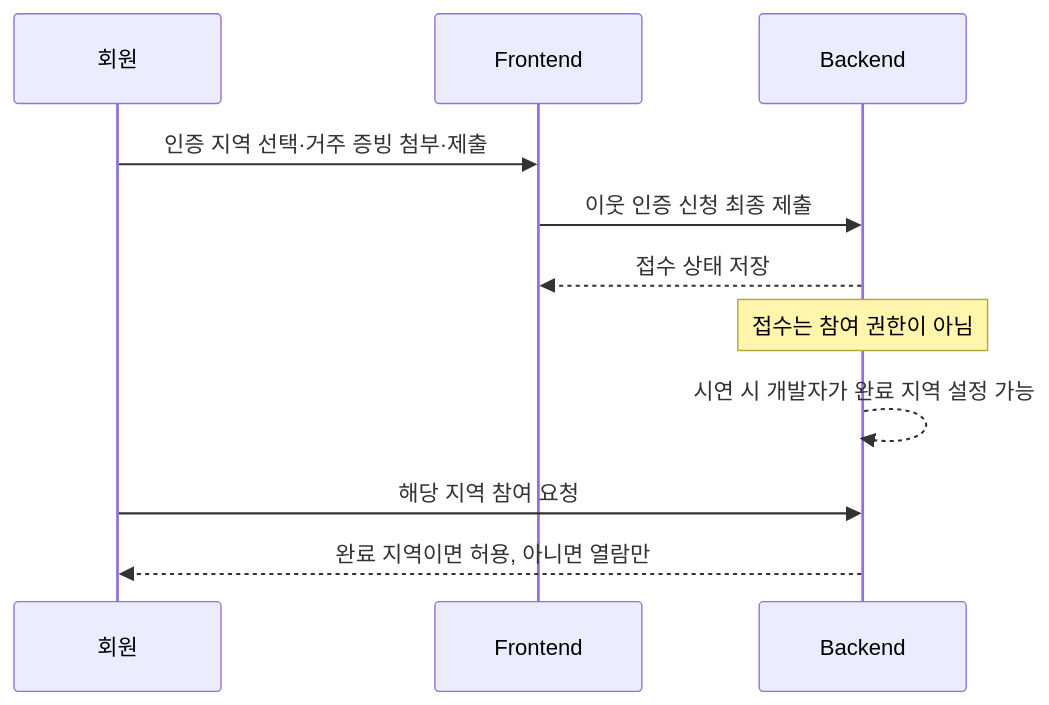
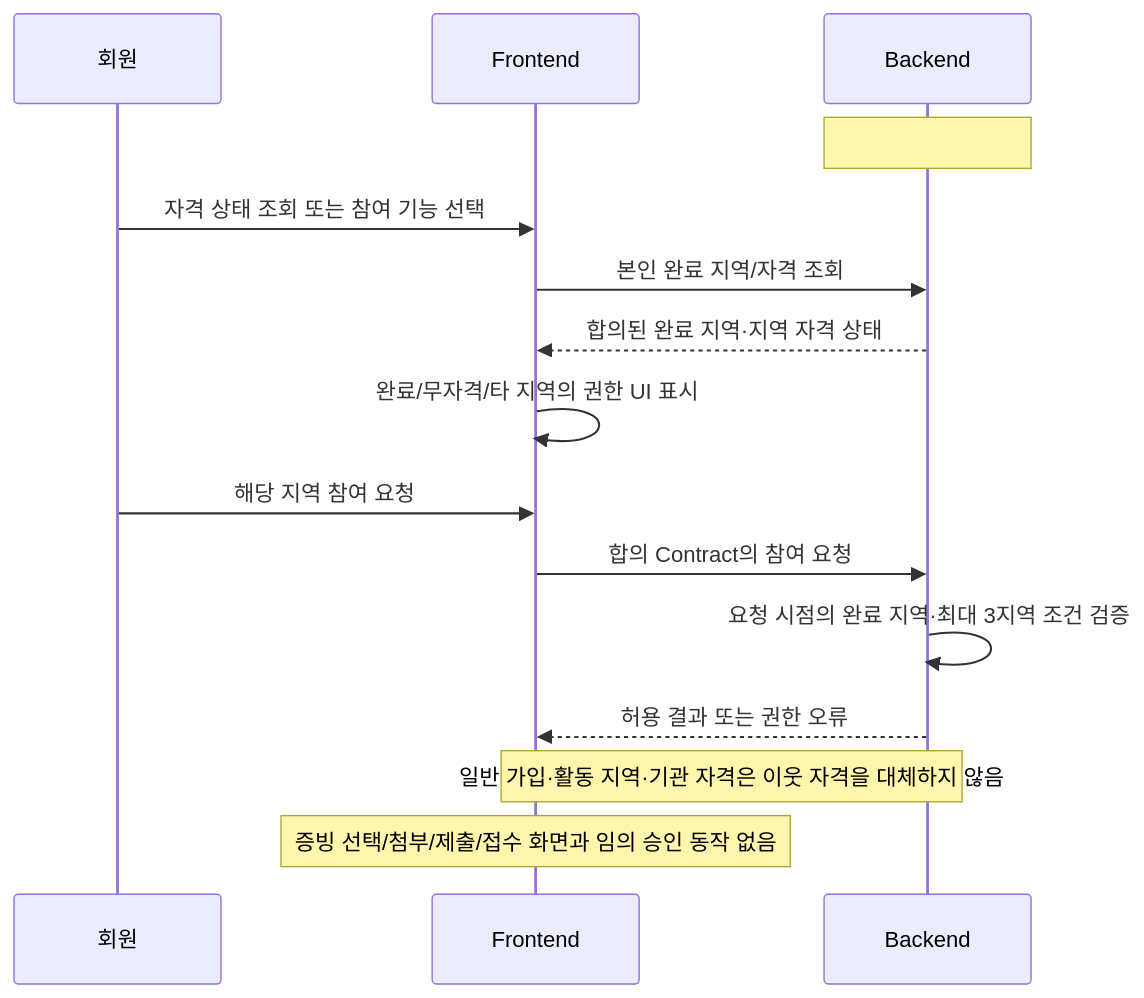
The third of 8 diagrams in docs/specs/Discushion_MVP_백엔드_프론트엔드_통합_지침서.md (2026-KW-HACKATHON/33_Last-Stand-Before-Enlistment), drawn with Mermaid before and after one commit. The commit also changed other lines of this file and 8 other files, not shown here.

````diff
--- a/docs/specs/Discushion_MVP_백엔드_프론트엔드_통합_지침서.md
+++ b/docs/specs/Discushion_MVP_백엔드_프론트엔드_통합_지침서.md
@@ -349,13 +485,17 @@
 ```mermaid
 sequenceDiagram
   participant U as 회원
   participant FE as Frontend
   participant BE as Backend
-  U->>FE: 인증 지역 선택·거주 증빙 첨부·제출
-  FE->>BE: 이웃 인증 신청 최종 제출
-  BE-->>FE: 접수 상태 저장
-  Note over BE: 접수는 참여 권한이 아님
-  BE-->>BE: 시연 시 개발자가 완료 지역 설정 가능
-  U->>BE: 해당 지역 참여 요청
-  BE-->>U: 완료 지역이면 허용, 아니면 열람만
+  Note over BE: #75에서 시연 계정의 완료 지역 준비
+  U->>FE: 자격 상태 조회 또는 참여 기능 선택
+  FE->>BE: 본인 완료 지역/자격 조회
+  BE-->>FE: 합의된 완료 지역·지역 자격 상태
+  FE->>FE: 완료/무자격/타 지역의 권한 UI 표시
+  U->>FE: 해당 지역 참여 요청
+  FE->>BE: 합의 Contract의 참여 요청
+  BE->>BE: 요청 시점의 완료 지역·최대 3지역 조건 검증
+  BE-->>FE: 허용 결과 또는 권한 오류
+  Note over FE,BE: 일반 가입·활동 지역·기관 자격은 이웃 자격을 대체하지 않음
+  Note over FE: 증빙 선택/첨부/제출/접수 화면과 임의 승인 동작 없음
 ```
````
